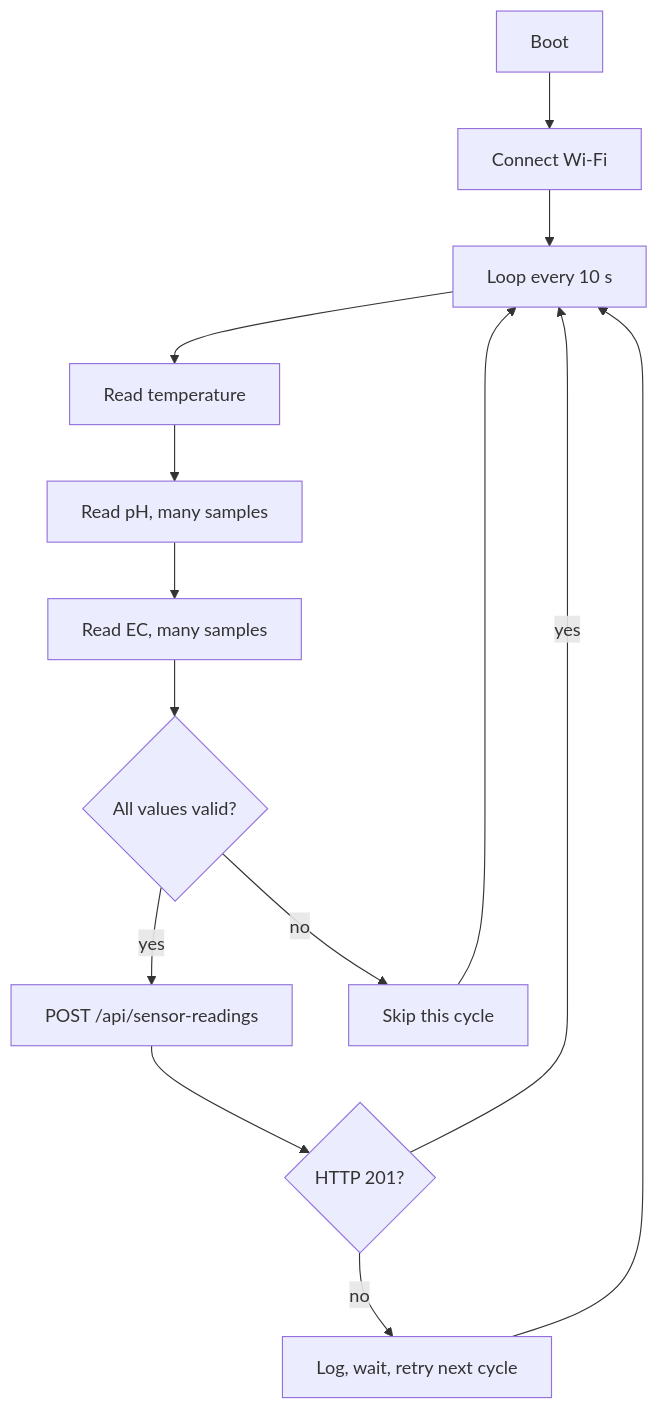
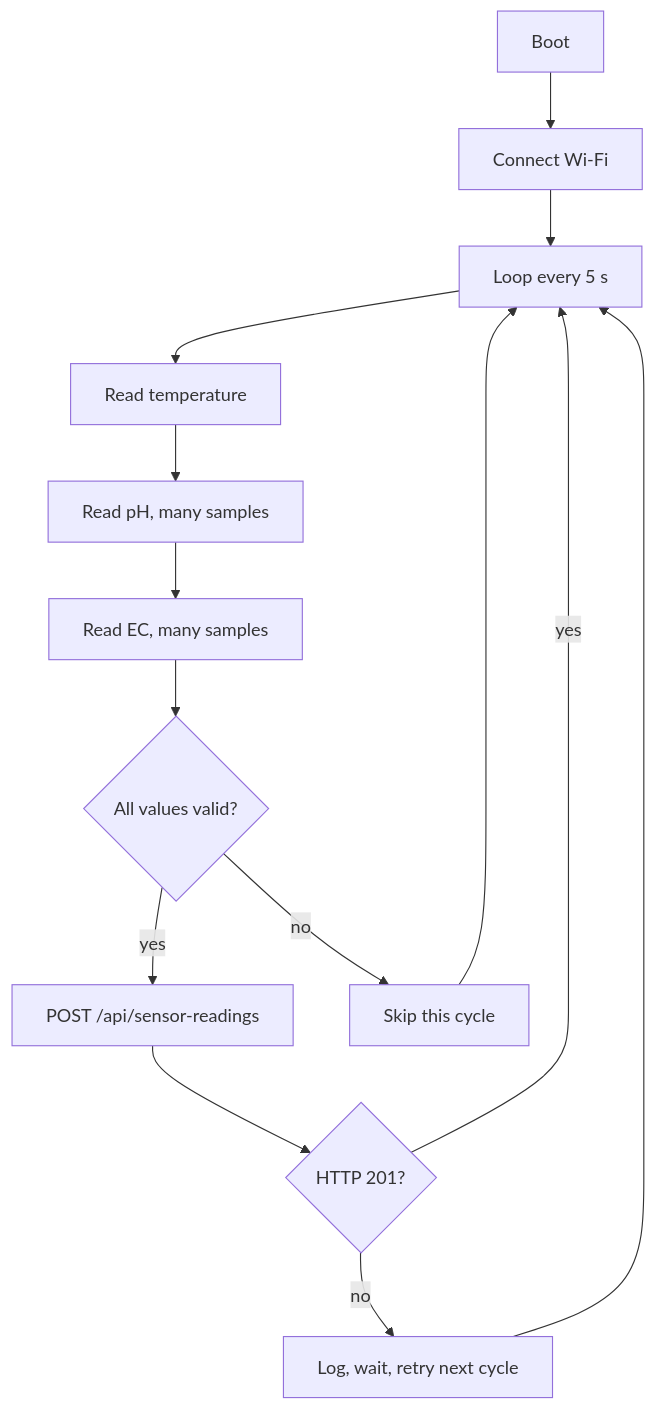
Before and after one commit to albaihaqii/nutrify: the second of 2 diagrams in docs/Hardware.md, drawn with Mermaid. The commit also changed other lines of this file and 3 other files, not shown here.

````diff
--- a/docs/Hardware.md
+++ b/docs/Hardware.md
@@ -146,16 +146,16 @@
 ```mermaid
 flowchart TD
     A[Boot] --> B[Connect Wi-Fi]
-    B --> C[Loop every 10 s]
+    B --> C[Loop every 5 s]
     C --> D[Read temperature]
     D --> E[Read pH, many samples]
     E --> F[Read EC, many samples]
     F --> G{All values valid?}
     G -- yes --> H[POST /api/sensor-readings]
     G -- no --> I[Skip this cycle]
     H --> J{HTTP 201?}
     J -- no --> K[Log, wait, retry next cycle]
     J -- yes --> C
     I --> C
     K --> C
 ```
````
